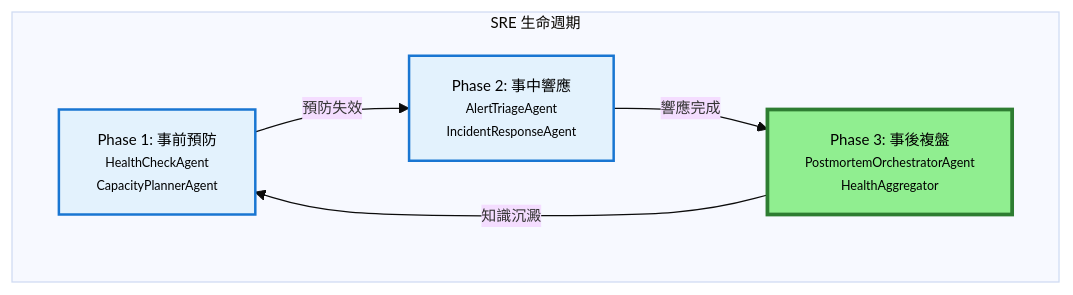
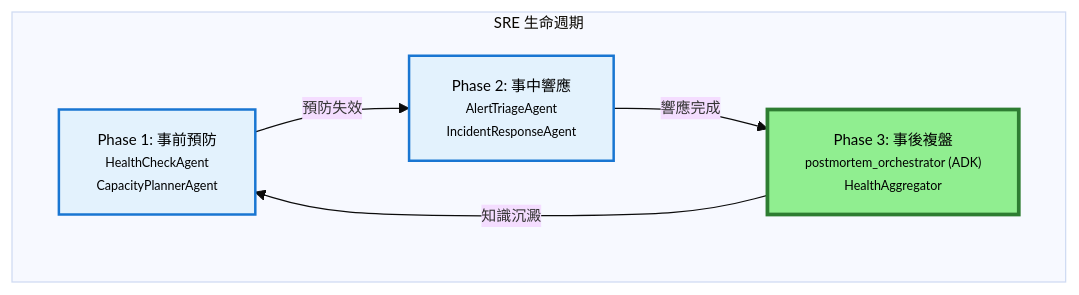
The first of 4 diagrams in README.md (detectviz/detectviz-platform), drawn with Mermaid before and after one commit. The commit also changed other lines of this file and 60 other files, not shown here.

````diff
--- a/README.md
+++ b/README.md
@@ -20,18 +20,18 @@
 ```mermaid
 %%{init: {'theme':'base', 'themeVariables': {'fontFamily': 'arial', 'fontSize': '12px'}}}%%
 
 graph LR
     subgraph "SRE 生命週期"
         direction LR
         P1["Phase 1: 事前預防<br/><small>HealthCheckAgent</small><br/><small>CapacityPlannerAgent</small>"]:::future
         P2["Phase 2: 事中響應<br/><small>AlertTriageAgent</small><br/><small>IncidentResponseAgent</small>"]:::future  
-        P3["Phase 3: 事後複盤<br/><small>PostmortemOrchestratorAgent</small><br/><small>HealthAggregator</small>"]:::mvp
+        P3["Phase 3: 事後複盤<br/><small>postmortem_orchestrator (ADK)</small><br/><small>HealthAggregator</small>"]:::mvp
     end
     
     P1 -->|"預防失效"| P2
     P2 -->|"響應完成"| P3  
     P3 -->|"知識沉澱"| P1
     
     classDef mvp fill:#90EE90,stroke:#2e7d32,stroke-width:3px,color:#000
     classDef future fill:#E3F2FD,stroke:#1976D2,stroke-width:2px,color:#000
 ```
````
